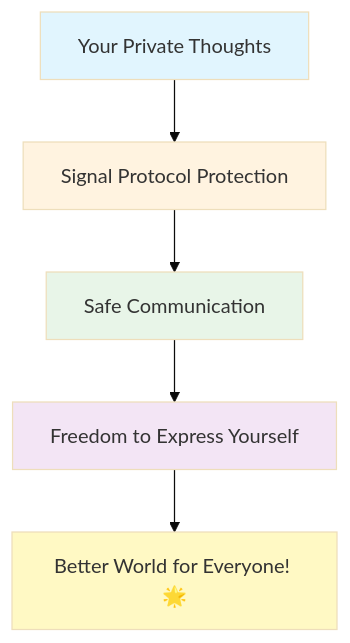
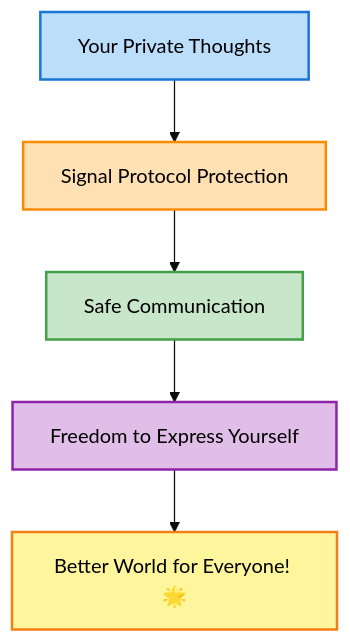
Before and after one commit to prabhatg/signal_crypto_lib: diagram 16 of 16 in docs/signal_protocol_for_kids.md, drawn with Mermaid (base theme). The commit also changed other lines of this file and 1 other file, not shown here.

Commit message:
Documentation diagram updates

````diff
--- a/docs/signal_protocol_for_kids.md
+++ b/docs/signal_protocol_for_kids.md
@@ -528,13 +528,13 @@
 ```mermaid
 graph TB
     A[Your Private Thoughts] --> B[Signal Protocol Protection]
     B --> C[Safe Communication]
     C --> D[Freedom to Express Yourself]
     D --> E[Better World for Everyone! 🌟]
     
-    style A fill:#e1f5fe
-    style B fill:#fff3e0
-    style C fill:#e8f5e8
-    style D fill:#f3e5f5
-    style E fill:#fff9c4
+    style A fill:#bbdefb,stroke:#1976d2,stroke-width:2px,color:#000
+    style B fill:#ffe0b2,stroke:#fb8c00,stroke-width:2px,color:#000
+    style C fill:#c8e6c9,stroke:#43a047,stroke-width:2px,color:#000
+    style D fill:#e1bee7,stroke:#8e24aa,stroke-width:2px,color:#000
+    style E fill:#fff59d,stroke:#f57f17,stroke-width:2px,color:#000
 ```
````
